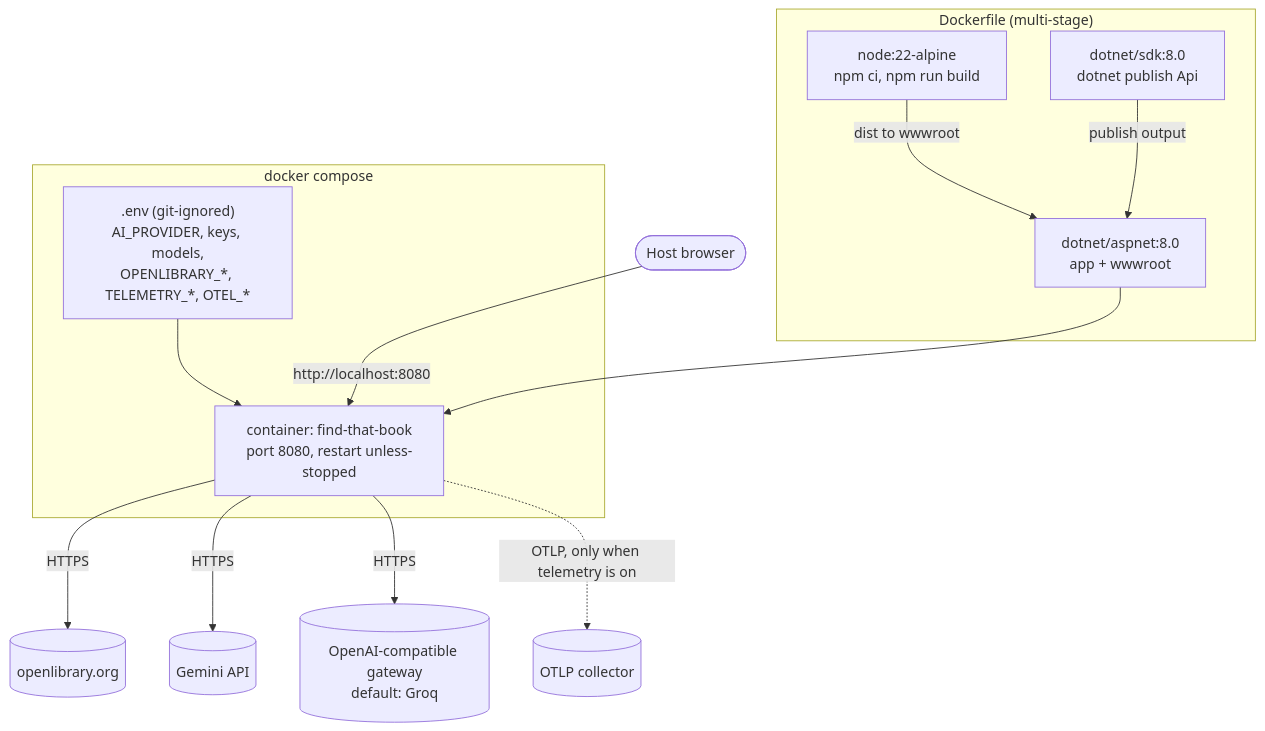
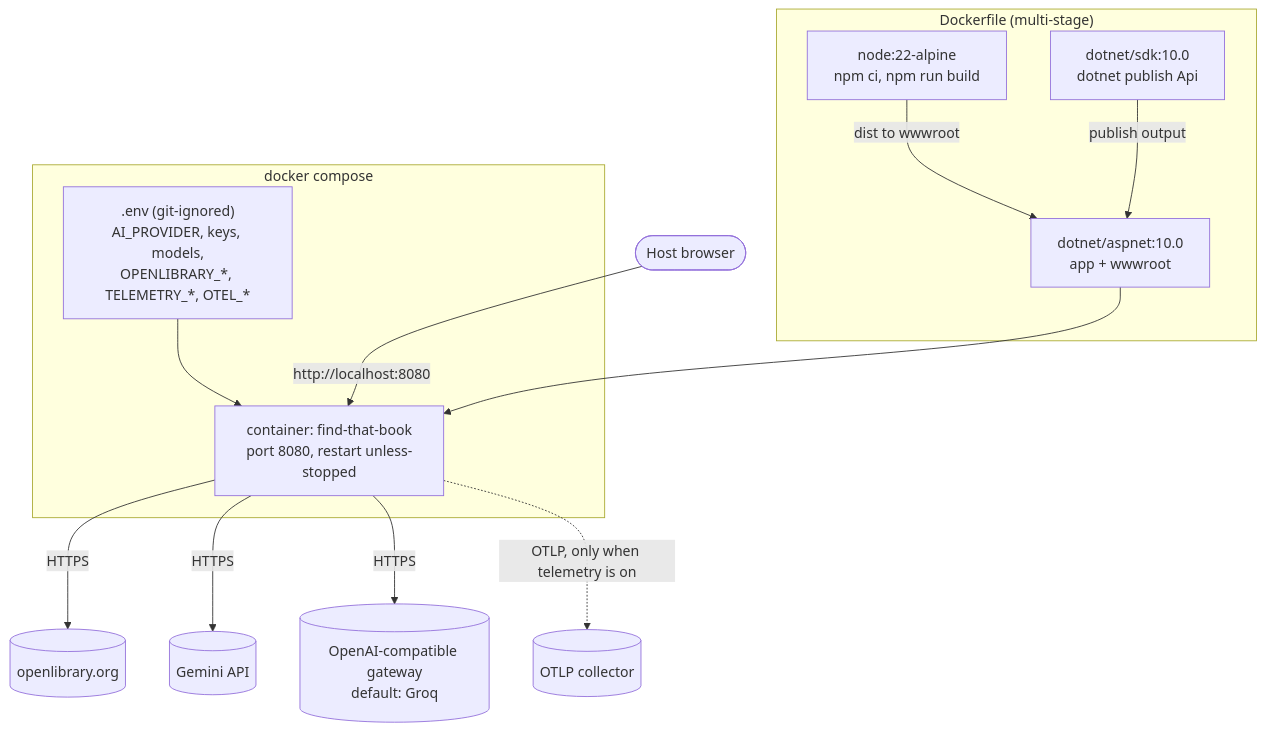
The first of 2 diagrams in docs/architecture/05-infrastructure.md (juan-alvarez-at-trip-arc/find-that-book), drawn with Mermaid before and after one commit. The commit also changed 12 other files, not shown here.

````diff
--- a/docs/architecture/05-infrastructure.md
+++ b/docs/architecture/05-infrastructure.md
@@ -5,23 +5,23 @@
 ```mermaid
 flowchart TB
     subgraph build["Dockerfile (multi-stage)"]
         s1["node:22-alpine<br/>npm ci, npm run build"]
-        s2["dotnet/sdk:8.0<br/>dotnet publish Api"]
-        s3["dotnet/aspnet:8.0<br/>app + wwwroot"]
+        s2["dotnet/sdk:10.0<br/>dotnet publish Api"]
+        s3["dotnet/aspnet:10.0<br/>app + wwwroot"]
         s1 -- "dist to wwwroot" --> s3
         s2 -- "publish output" --> s3
     end
 
     subgraph compose["docker compose"]
         env[".env (git-ignored)<br/>AI_PROVIDER, keys, models,<br/>OPENLIBRARY_*, TELEMETRY_*, OTEL_*"]
         ctr["container: find-that-book<br/>port 8080, restart unless-stopped"]
         env --> ctr
     end
 
     s3 --> ctr
     ctr -- "HTTPS" --> ol[(openlibrary.org)]
     ctr -- "HTTPS" --> gem[(Gemini API)]
     ctr -- "HTTPS" --> oai[("OpenAI-compatible gateway<br/>default: Groq")]
     ctr -. "OTLP, only when telemetry is on" .-> otlp[(OTLP collector)]
     host([Host browser]) -- "http://localhost:8080" --> ctr
 ```
````
